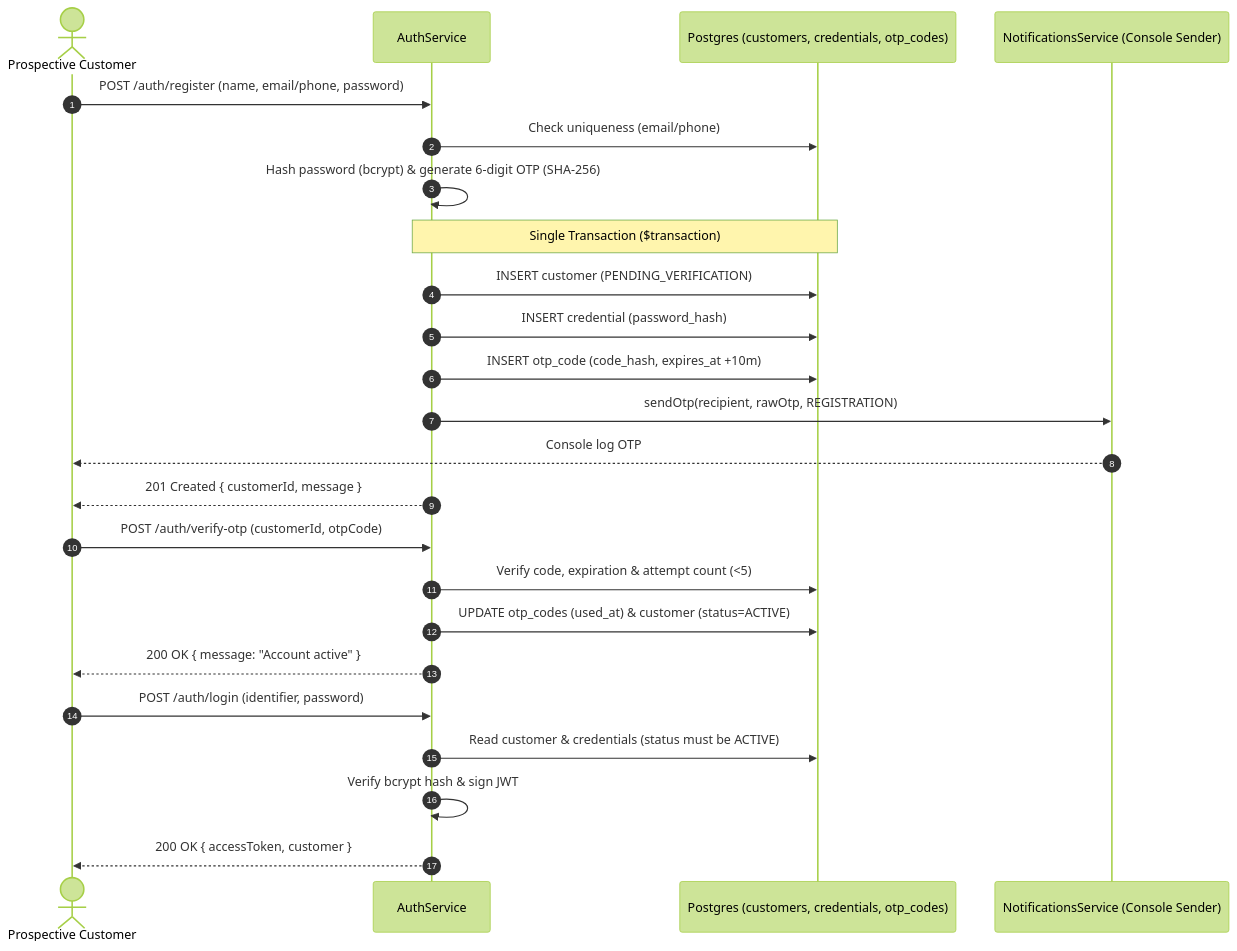
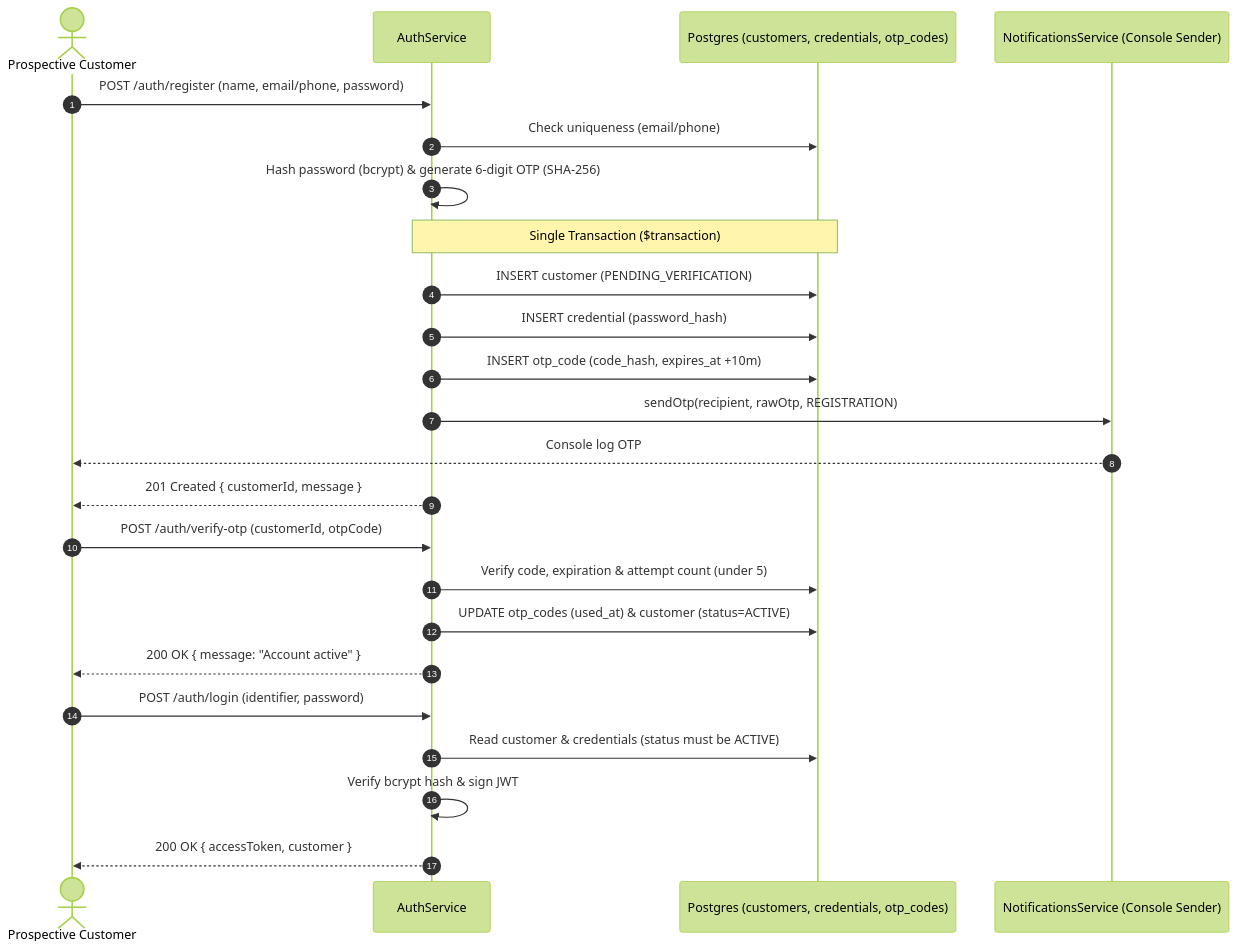
Before and after one commit to devhenode/Banking-API: the ninth of 23 diagrams in docs/DESIGN.md, drawn with Mermaid (forest theme). The commit also changed other lines of this file, not shown here.

Commit message:
fix(docs): fix Mermaid diagram syntax errors for GitHub rendering

````diff
--- a/docs/DESIGN.md
+++ b/docs/DESIGN.md
@@ -390,29 +390,29 @@
 ```mermaid
 sequenceDiagram
     autonumber
     actor User as Prospective Customer
     participant Auth as AuthService
     participant DB as Postgres (customers, credentials, otp_codes)
     participant Notif as NotificationsService (Console Sender)
 
     User->>Auth: POST /auth/register (name, email/phone, password)
     Auth->>DB: Check uniqueness (email/phone)
     Auth->>Auth: Hash password (bcrypt) & generate 6-digit OTP (SHA-256)
     Note over Auth,DB: Single Transaction ($transaction)
     Auth->>DB: INSERT customer (PENDING_VERIFICATION)
     Auth->>DB: INSERT credential (password_hash)
     Auth->>DB: INSERT otp_code (code_hash, expires_at +10m)
     Auth->>Notif: sendOtp(recipient, rawOtp, REGISTRATION)
     Notif-->>User: Console log OTP
     Auth-->>User: 201 Created { customerId, message }
 
     User->>Auth: POST /auth/verify-otp (customerId, otpCode)
-    Auth->>DB: Verify code, expiration & attempt count (<5)
+    Auth->>DB: Verify code, expiration & attempt count (under 5)
     Auth->>DB: UPDATE otp_codes (used_at) & customer (status=ACTIVE)
     Auth-->>User: 200 OK { message: "Account active" }
 
     User->>Auth: POST /auth/login (identifier, password)
     Auth->>DB: Read customer & credentials (status must be ACTIVE)
     Auth->>Auth: Verify bcrypt hash & sign JWT
     Auth-->>User: 200 OK { accessToken, customer }
 ```
````
